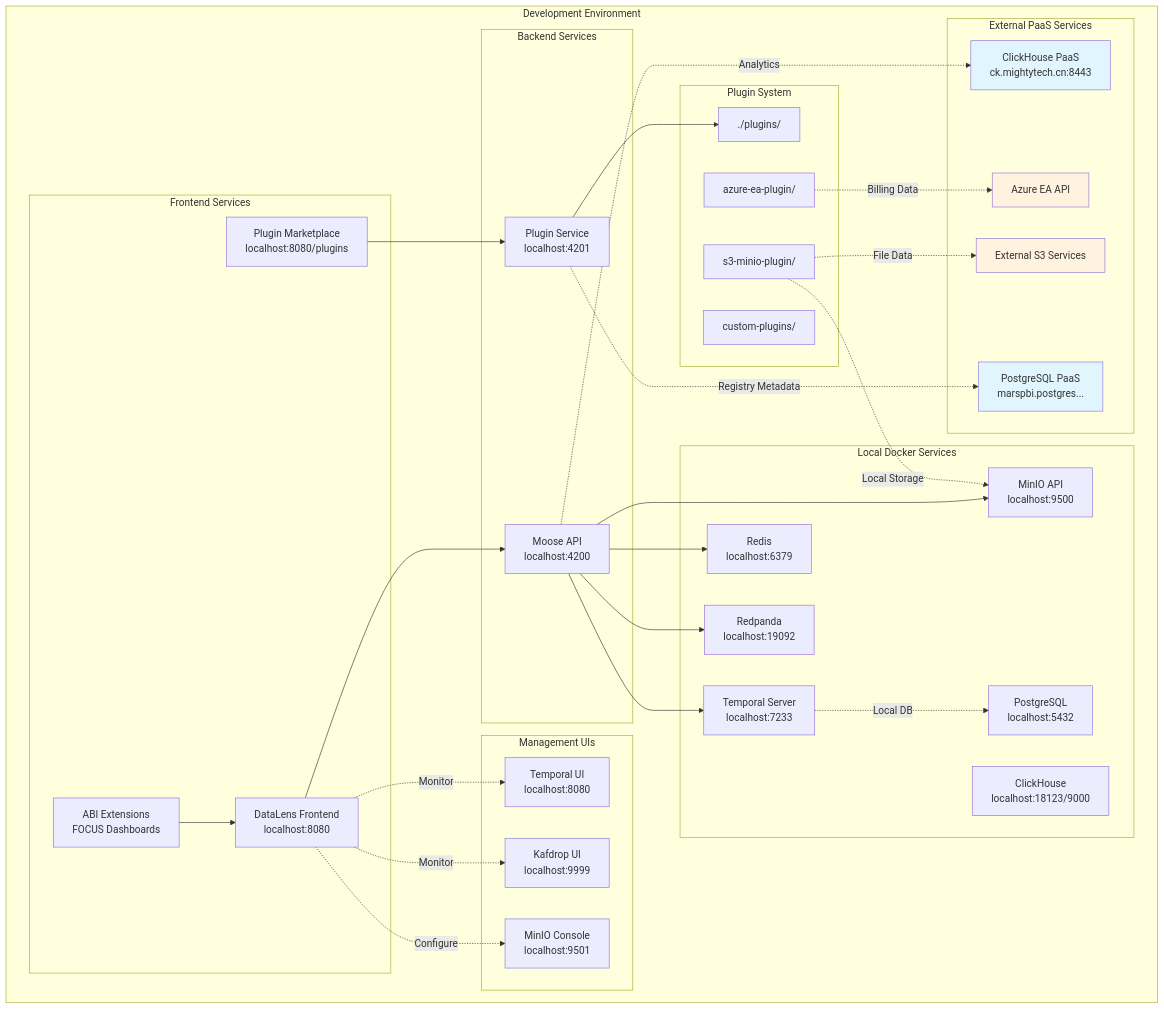
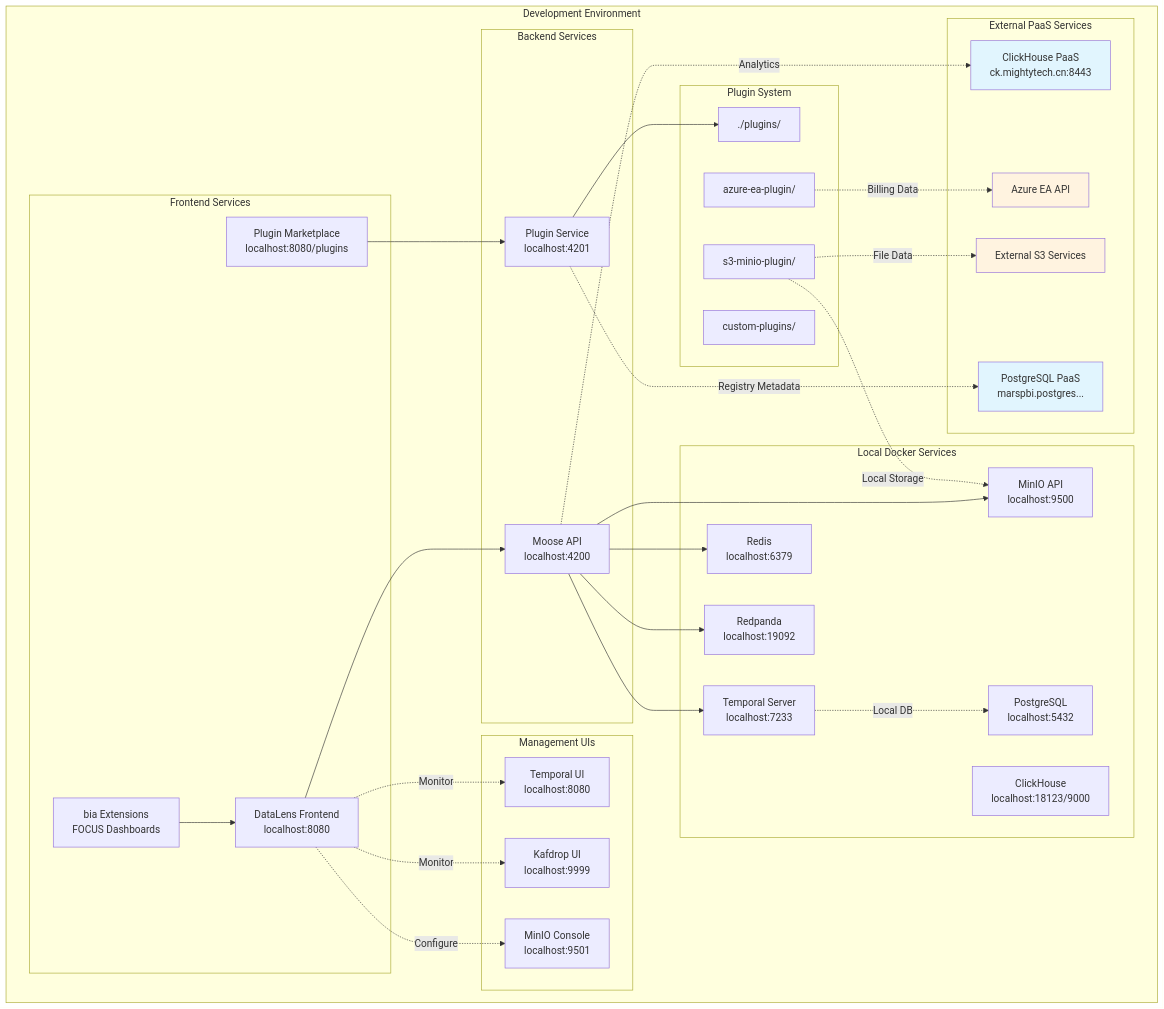
One commit to chris-han/area-code changed the second of 5 diagrams in .kiro/specs/azure-billing-intelligence/design.md. Above: the diagram before and after it, drawn with Mermaid. The commit also changed other lines of this file and 178 other files, not shown here.

````diff
--- a/.kiro/specs/azure-billing-intelligence/design.md
+++ b/.kiro/specs/azure-billing-intelligence/design.md
@@ -95,75 +95,75 @@
 ```mermaid
 graph TB
     subgraph "Development Environment"
         subgraph "Frontend Services"
             DATALENS_L[DataLens Frontend<br/>localhost:8080]
-            ABI_EXT[ABI Extensions<br/>FOCUS Dashboards]
+            ABI_EXT[bia Extensions<br/>FOCUS Dashboards]
             PLUGIN_UI[Plugin Marketplace<br/>localhost:8080/plugins]
         end
         
         subgraph "Backend Services"
             MOOSE_L[Moose API<br/>localhost:4200]
             PLUGIN_SVC[Plugin Service<br/>localhost:4201]
         end
         
         subgraph "Local Docker Services"
             REDIS_L[Redis<br/>localhost:6379]
             REDPANDA_L[Redpanda<br/>localhost:19092]
             TEMPORAL_L[Temporal Server<br/>localhost:7233]
             POSTGRESQL_L[PostgreSQL<br/>localhost:5432]
             CLICKHOUSE_L[ClickHouse<br/>localhost:18123/9000]
             MINIO_L[MinIO API<br/>localhost:9500]
         end
         
         subgraph "Management UIs"
             TEMPORAL_UI[Temporal UI<br/>localhost:8080]
             KAFDROP_UI[Kafdrop UI<br/>localhost:9999]
             MINIO_UI_L[MinIO Console<br/>localhost:9501]
         end
         
         subgraph "Plugin System"
             PLUGIN_DIR[./plugins/]
             AZURE_P[azure-ea-plugin/]
             S3_P[s3-minio-plugin/]
             CUSTOM_P[custom-plugins/]
         end
         
         subgraph "External PaaS Services"
             CH_REMOTE[ClickHouse PaaS<br/>ck.mightytech.cn:8443]
             PG_REMOTE[PostgreSQL PaaS<br/>marspbi.postgres...]
             AZURE_API[Azure EA API]
             S3_REMOTE[External S3 Services]
 
         end
     end
     
     DATALENS_L --> MOOSE_L
     ABI_EXT --> DATALENS_L
     PLUGIN_UI --> PLUGIN_SVC
     
     PLUGIN_SVC --> PLUGIN_DIR
     
     MOOSE_L --> TEMPORAL_L
     MOOSE_L --> REDIS_L
     MOOSE_L --> REDPANDA_L
     MOOSE_L --> MINIO_L
     
     MOOSE_L -.->|Analytics| CH_REMOTE
     TEMPORAL_L -.->|Local DB| POSTGRESQL_L
     
     AZURE_P -.->|Billing Data| AZURE_API
     S3_P -.->|File Data| S3_REMOTE
     S3_P -.->|Local Storage| MINIO_L
     
     PLUGIN_SVC -.->|Registry Metadata| PG_REMOTE
     
     DATALENS_L -.->|Monitor| TEMPORAL_UI
     DATALENS_L -.->|Monitor| KAFDROP_UI
     DATALENS_L -.->|Configure| MINIO_UI_L
     
     style CH_REMOTE fill:#e1f5fe
     style PG_REMOTE fill:#e1f5fe
     style AZURE_API fill:#fff3e0
     style S3_REMOTE fill:#fff3e0
 
 ```
````
